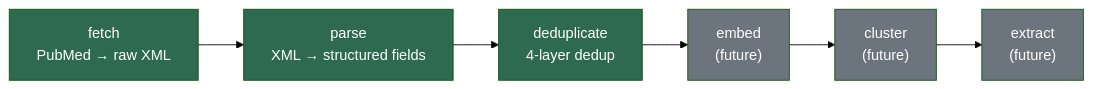
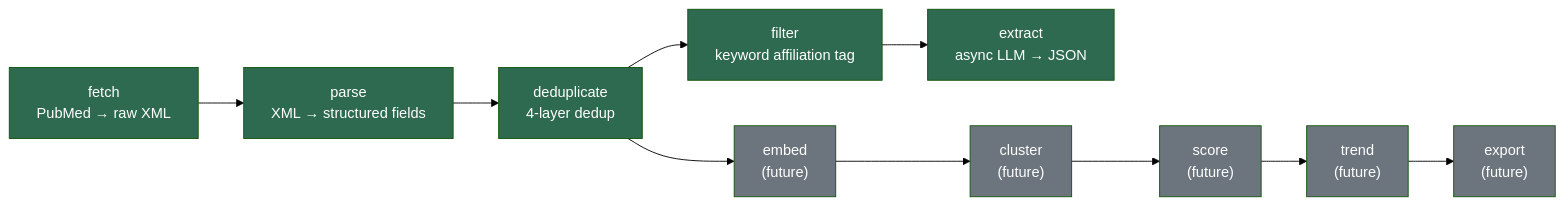
Before and after one commit to Sdamirsa/PubLiMiner: the second of 9 diagrams in docs/architecture.md, drawn with Mermaid (forest theme). The commit also changed 40 other files, not shown here.

````diff
--- a/docs/architecture.md
+++ b/docs/architecture.md
@@ -59,15 +59,27 @@
 ```mermaid
 graph LR
-    F["fetch<br/>PubMed → raw XML"] --> P["parse<br/>XML → structured fields"]
-    P --> D["deduplicate<br/>4-layer dedup"]
-    D --> E["embed<br/>(future)"]
-    E --> C["cluster<br/>(future)"]
-    C --> X["extract<br/>(future)"]
+    F["fetch<br/>PubMed → raw XML"]
+    P["parse<br/>XML → structured fields"]
+    D["deduplicate<br/>4-layer dedup"]
+    FL["filter<br/>keyword affiliation tag"]
+    X["extract<br/>async LLM → JSON"]
+    E["embed<br/>(future)"]
+    C["cluster<br/>(future)"]
+    SC["score<br/>(future)"]
+    TR["trend<br/>(future)"]
+    EX["export<br/>(future)"]
 
-    style F fill:#2d6a4f,color:#fff
-    style P fill:#2d6a4f,color:#fff
-    style D fill:#2d6a4f,color:#fff
-    style E fill:#6c757d,color:#fff
-    style C fill:#6c757d,color:#fff
-    style X fill:#6c757d,color:#fff
+    F --> P --> D --> FL --> X
+    D --> E --> C --> SC --> TR --> EX
+
+    style F  fill:#2d6a4f,color:#fff
+    style P  fill:#2d6a4f,color:#fff
+    style D  fill:#2d6a4f,color:#fff
+    style FL fill:#2d6a4f,color:#fff
+    style X  fill:#2d6a4f,color:#fff
+    style E  fill:#6c757d,color:#fff
+    style C  fill:#6c757d,color:#fff
+    style SC fill:#6c757d,color:#fff
+    style TR fill:#6c757d,color:#fff
+    style EX fill:#6c757d,color:#fff
 ```
````
